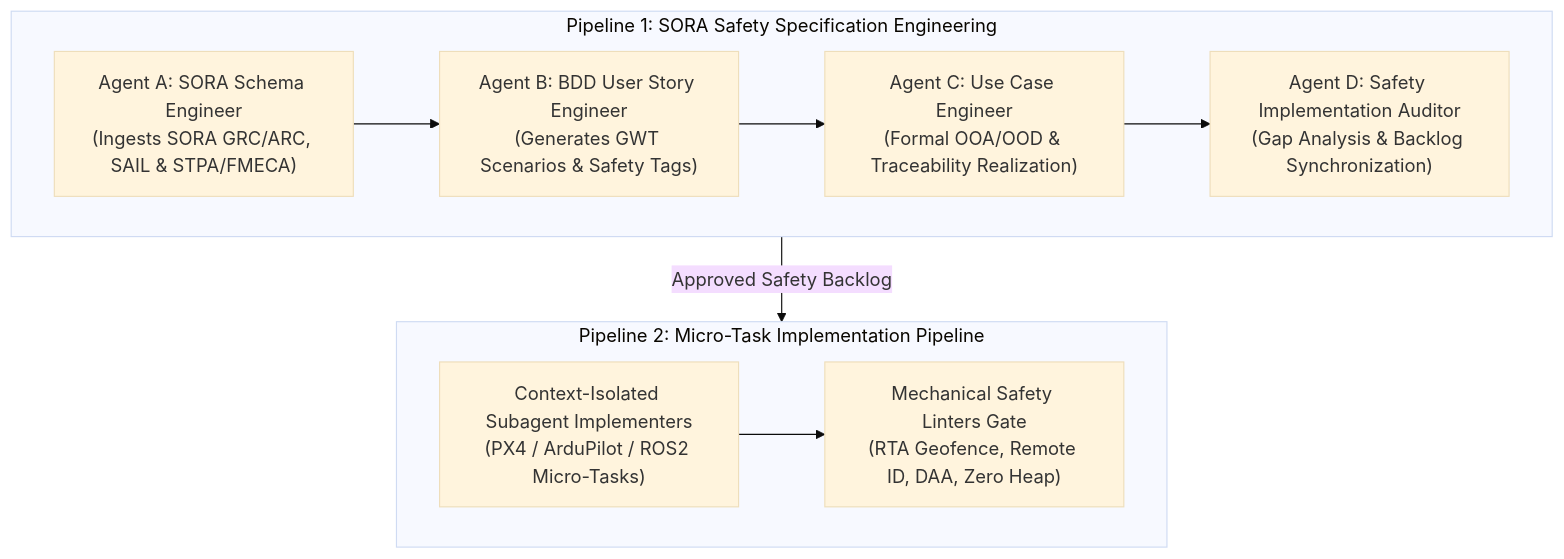
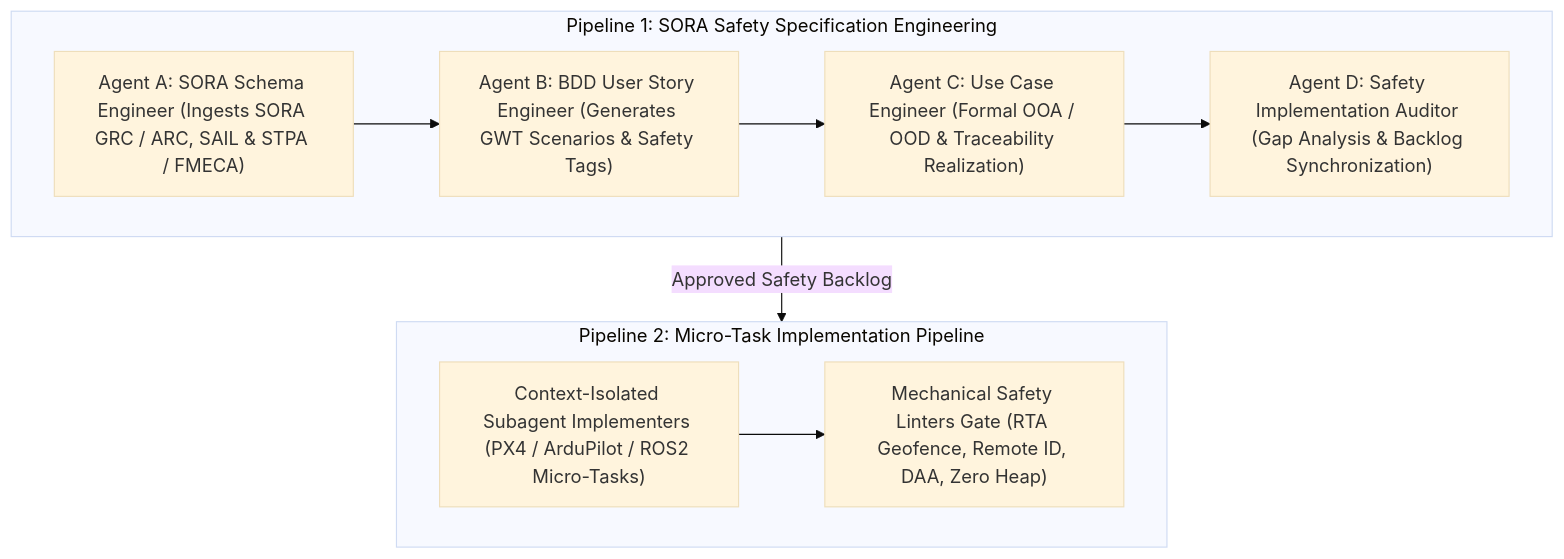
The fifth of 7 diagrams in docs/architecture/blueprints/DEAP_UAS_INFRASTRUCTURE_SAFETY_CONCEPT_PAPER.md (gintatkinson/DEAP-spec-core), drawn with Mermaid (base theme) before and after one commit. The commit also changed other lines of this file and 5 other files, not shown here.

````diff
--- a/docs/architecture/blueprints/DEAP_UAS_INFRASTRUCTURE_SAFETY_CONCEPT_PAPER.md
+++ b/docs/architecture/blueprints/DEAP_UAS_INFRASTRUCTURE_SAFETY_CONCEPT_PAPER.md
@@ -423,20 +423,20 @@
 ```mermaid
 flowchart TD
-    subgraph Pipe1 ["Pipeline 1: SORA Safety Specification Engineering"]
-        AgentA["Agent A: SORA Schema Engineer\n(Ingests SORA GRC/ARC, SAIL & STPA/FMECA)"]
-        AgentB["Agent B: BDD User Story Engineer\n(Generates GWT Scenarios & Safety Tags)"]
-        AgentC["Agent C: Use Case Engineer\n(Formal OOA/OOD & Traceability Realization)"]
-        AgentD["Agent D: Safety Implementation Auditor\n(Gap Analysis & Backlog Synchronization)"]
+    subgraph "Pipe1" ["Pipeline 1: SORA Safety Specification Engineering"]
+        AgentA["Agent A: SORA Schema Engineer (Ingests SORA GRC / ARC, SAIL & STPA / FMECA)"]
+        AgentB["Agent B: BDD User Story Engineer (Generates GWT Scenarios & Safety Tags)"]
+        AgentC["Agent C: Use Case Engineer (Formal OOA / OOD & Traceability Realization)"]
+        AgentD["Agent D: Safety Implementation Auditor (Gap Analysis & Backlog Synchronization)"]
 
         AgentA --> AgentB --> AgentC --> AgentD
     end
 
-    subgraph Pipe2 ["Pipeline 2: Micro-Task Implementation Pipeline"]
-        SubImpl["Context-Isolated Subagent Implementers\n(PX4 / ArduPilot / ROS2 Micro-Tasks)"]
-        SafetyGate["Mechanical Safety Linters Gate\n(RTA Geofence, Remote ID, DAA, Zero Heap)"]
+    subgraph "Pipe2" ["Pipeline 2: Micro-Task Implementation Pipeline"]
+        SubImpl["Context-Isolated Subagent Implementers (PX4 / ArduPilot / ROS2 Micro-Tasks)"]
+        SafetyGate["Mechanical Safety Linters Gate (RTA Geofence, Remote ID, DAA, Zero Heap)"]
 
         SubImpl --> SafetyGate
     end
 
     Pipe1 -->|"Approved Safety Backlog"| Pipe2
 ```
````
